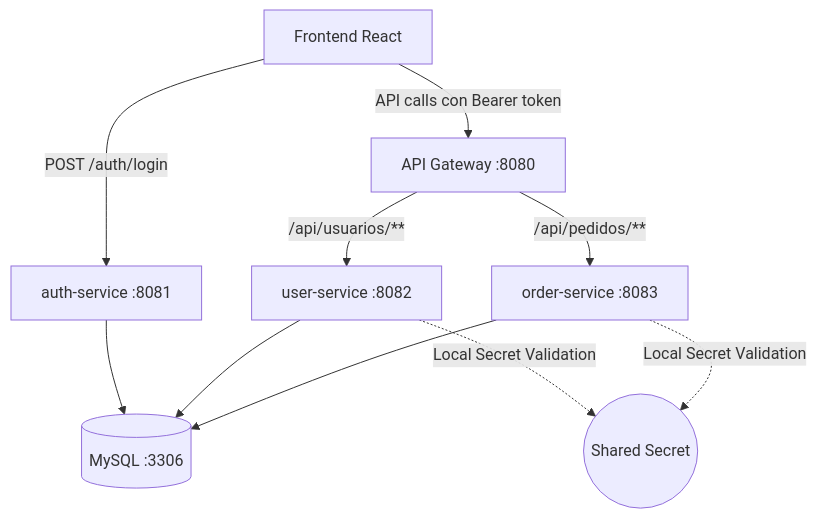
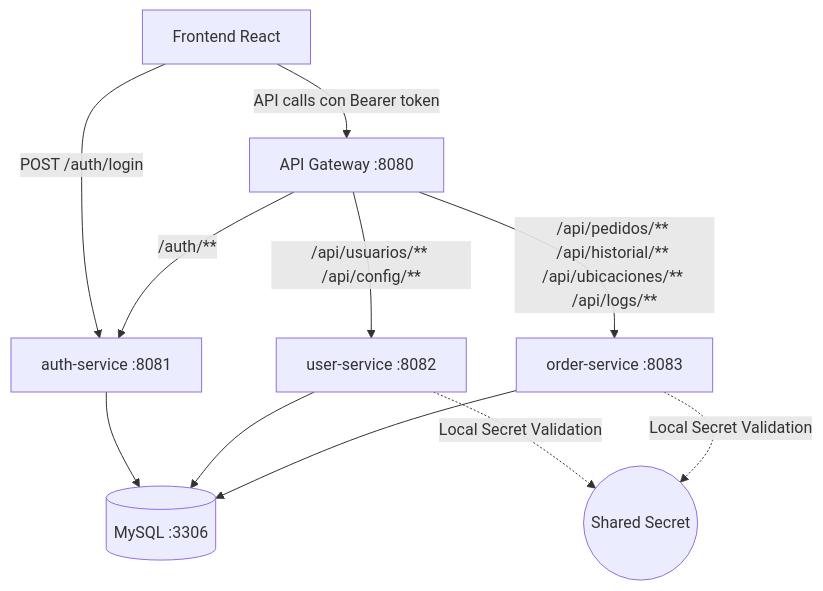
Before and after one commit to LazarusAlpha12/back_end: the diagram in README.md, drawn with Mermaid. The commit also changed other lines of this file and 26 other files, not shown here.

````diff
--- a/README.md
+++ b/README.md
@@ -394,12 +369,13 @@
 ```mermaid
 graph TD
     Client[Frontend React] -->|POST /auth/login| Auth[auth-service :8081]
     Client -->|API calls con Bearer token| Gateway[API Gateway :8080]
-    Gateway -->|/api/usuarios/**| User[user-service :8082]
-    Gateway -->|/api/pedidos/**| Order[order-service :8083]
+    Gateway -->|/auth/**| Auth
+    Gateway -->|/api/usuarios/** /api/config/**| User[user-service :8082]
+    Gateway -->|/api/pedidos/** /api/historial/** /api/ubicaciones/** /api/logs/**| Order[order-service :8083]
     Auth --> DB[(MySQL :3306)]
     User --> DB
     Order --> DB
     User -.->|Local Secret Validation| JWT_Secret((Shared Secret))
     Order -.->|Local Secret Validation| JWT_Secret
 ```
````
